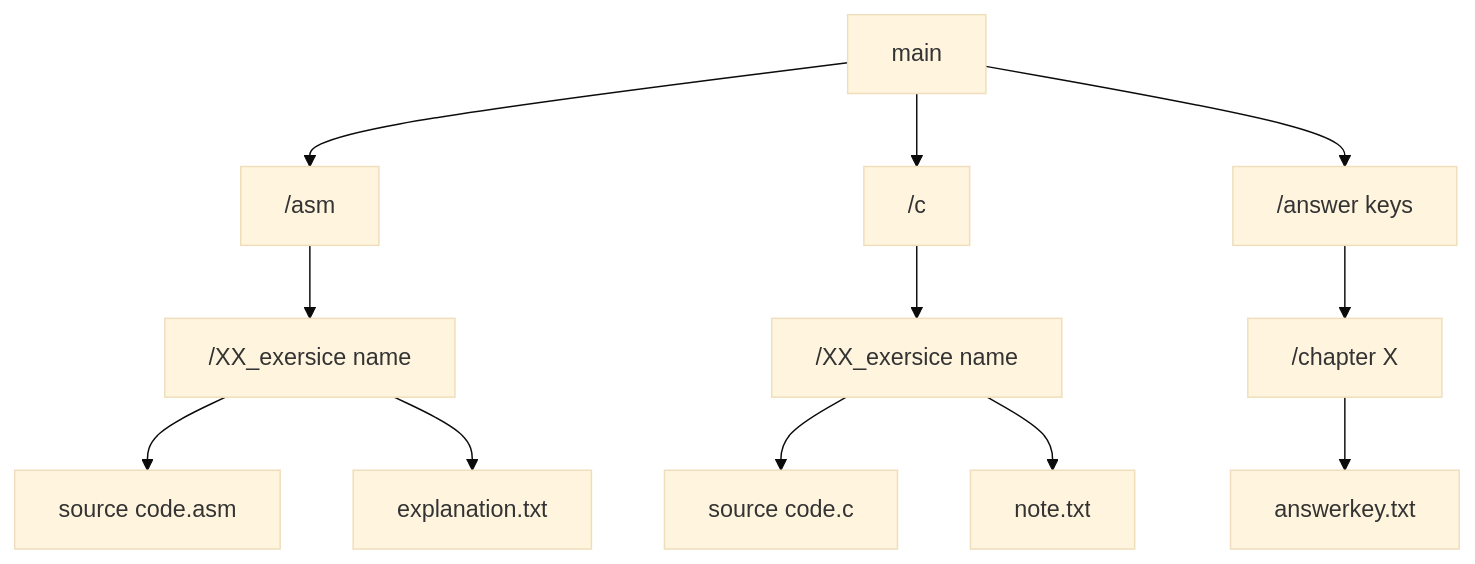
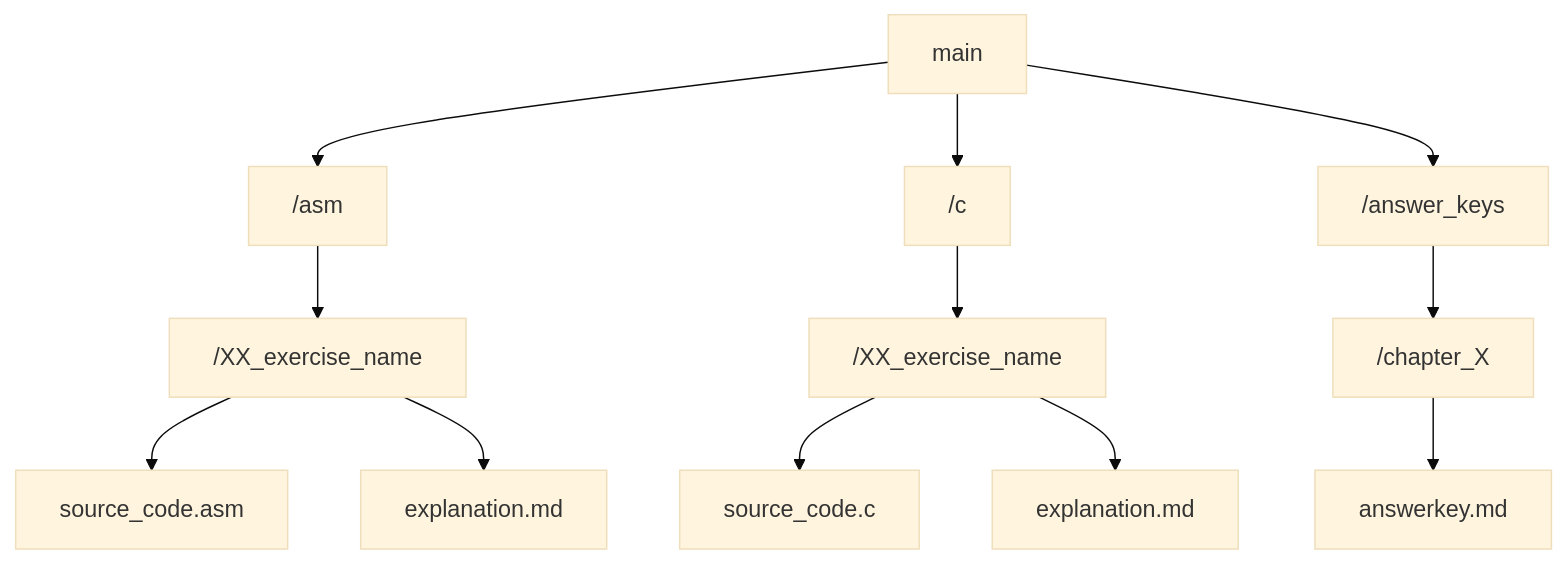
One commit to nikka-a/EmbeddedDesignByBrockLaMeres changed the diagram in README.md. Above: the diagram before and after it, drawn with Mermaid (base theme). The commit also changed other lines of this file, not shown here.

````diff
--- a/README.md
+++ b/README.md
@@ -24,19 +25,19 @@
 ``` mermaid
 flowchart TB
     Root["main"]
     Root --> ASM["/asm"]
     Root --> C["/c"]
-    Root --> AnswerKeys["/answer keys"]
+    Root --> AnswerKeys["/answer_keys"]
 
-    ASM --> ASMExercise["/XX_exersice name"]
-    C --> CExercise["/XX_exersice name"]
+    ASM --> ASMExercise["/XX_exercise_name"]
+    C --> CExercise["/XX_exercise_name"]
 
-    ASMExercise --> ASMSource["source code.asm"]
-    ASMExercise --> ASMNote["explanation.txt"]
+    ASMExercise --> ASMSource["source_code.asm"]
+    ASMExercise --> ASMNote["explanation.md"]
 
-    CExercise --> CSource["source code.c"]
-    CExercise --> CNote["note.txt"]
+    CExercise --> CSource["source_code.c"]
+    CExercise --> CNote["explanation.md"]
 
-    AnswerKeys --> AnswerChapter["/chapter X"]
-    AnswerChapter --> AnswerTxt["answerkey.txt"]
+    AnswerKeys --> AnswerChapter["/chapter_X"]
+    AnswerChapter --> AnswerTxt["answerkey.md"]
 ```
````
